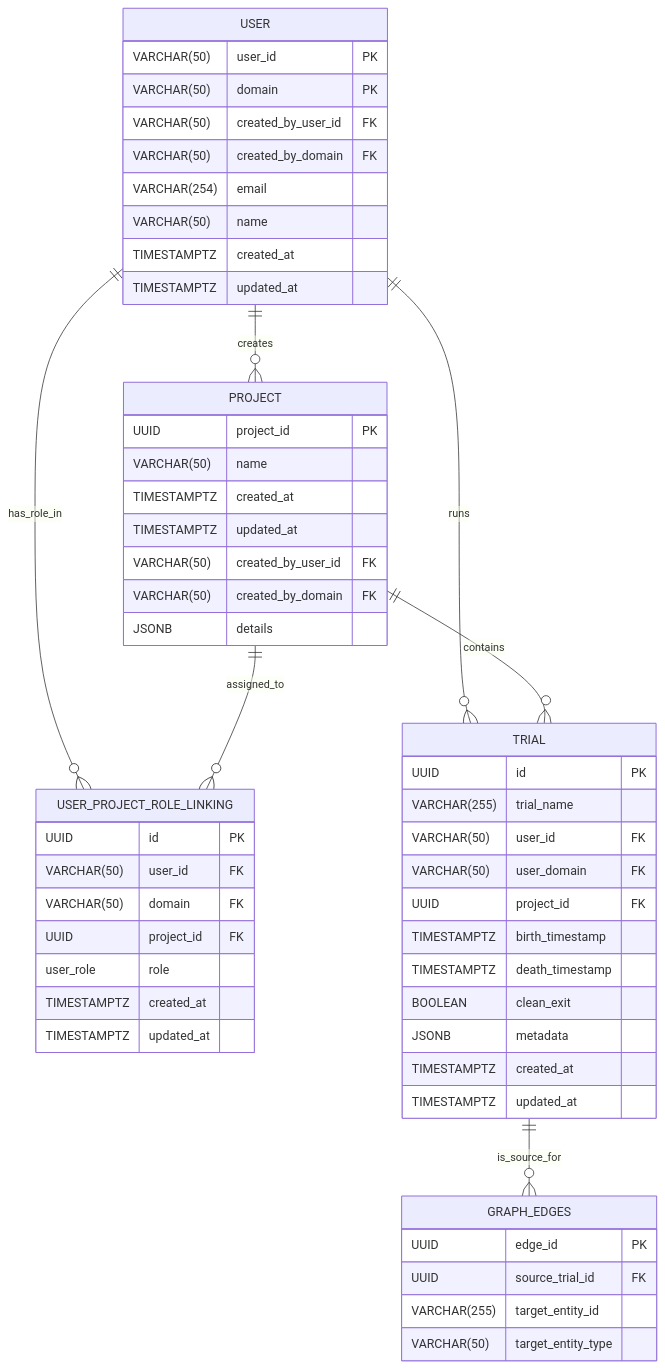
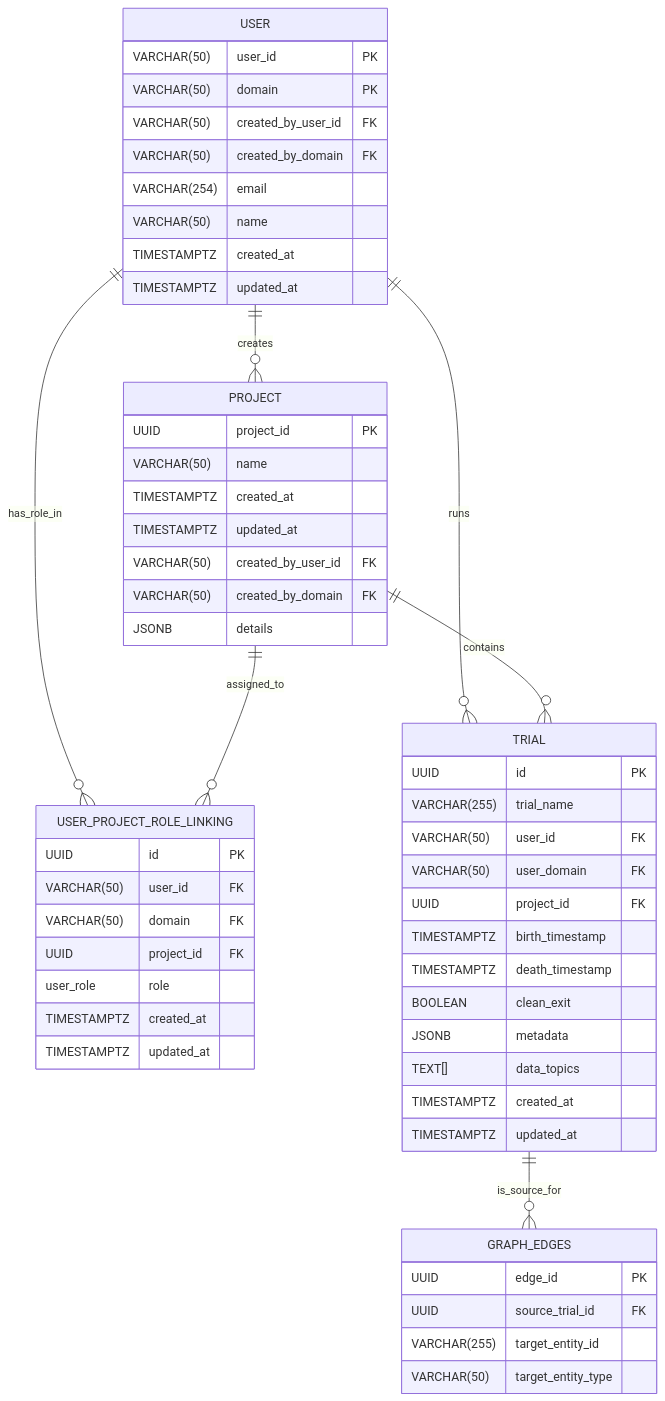
One commit to cmu-mfi/mfi_ddb_library changed the diagram in src/mfi_ddb/retrieval_api/metadata_store-pg/README.md. Above: the diagram before and after it, drawn with Mermaid. The commit also changed 5 other files, not shown here.

Commit message:
added "data_topics" in the metadata

````diff
--- a/src/mfi_ddb/retrieval_api/metadata_store-pg/README.md
+++ b/src/mfi_ddb/retrieval_api/metadata_store-pg/README.md
@@ -3,63 +3,64 @@
 ```mermaid
 erDiagram
     USER {
         VARCHAR(50) user_id PK
         VARCHAR(50) domain PK
         VARCHAR(50) created_by_user_id FK
         VARCHAR(50) created_by_domain FK
         VARCHAR(254) email
         VARCHAR(50) name
         TIMESTAMPTZ created_at
         TIMESTAMPTZ updated_at
     }
 
     PROJECT {
         UUID project_id PK
         VARCHAR(50) name
         TIMESTAMPTZ created_at
         TIMESTAMPTZ updated_at
         VARCHAR(50) created_by_user_id FK
         VARCHAR(50) created_by_domain FK
         JSONB details
     }
 
     USER_PROJECT_ROLE_LINKING {
         UUID id PK
         VARCHAR(50) user_id FK
         VARCHAR(50) domain FK
         UUID project_id FK
         user_role role
         TIMESTAMPTZ created_at
         TIMESTAMPTZ updated_at
     }
 
     TRIAL {
         UUID id PK
         VARCHAR(255) trial_name
         VARCHAR(50) user_id FK
         VARCHAR(50) user_domain FK
         UUID project_id FK
         TIMESTAMPTZ birth_timestamp
         TIMESTAMPTZ death_timestamp
         BOOLEAN clean_exit
         JSONB metadata
+        TEXT[] data_topics
         TIMESTAMPTZ created_at
         TIMESTAMPTZ updated_at
     }
 
     GRAPH_EDGES {
         UUID edge_id PK
         UUID source_trial_id FK
         VARCHAR(255) target_entity_id
         VARCHAR(50) target_entity_type
     }
 
     %% Relationships
     %% USER ||--o{ USER : "created_by (self-referencing)"
     USER ||--o{ PROJECT : "creates"
     USER ||--o{ USER_PROJECT_ROLE_LINKING : "has_role_in"
     PROJECT ||--o{ USER_PROJECT_ROLE_LINKING : "assigned_to"
     USER ||--o{ TRIAL : "runs"
     PROJECT ||--o{ TRIAL : "contains"
     TRIAL ||--o{ GRAPH_EDGES : "is_source_for"
 ```
````
